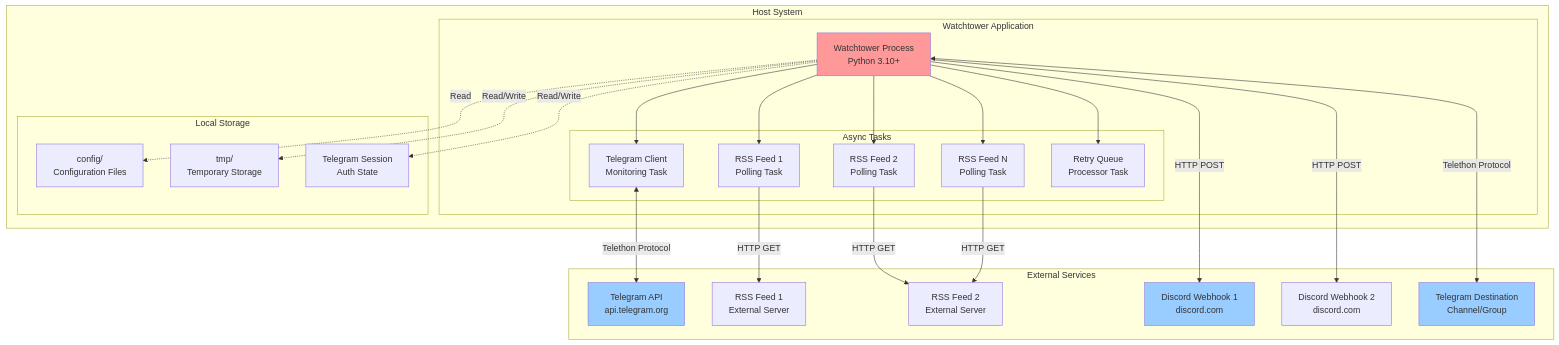
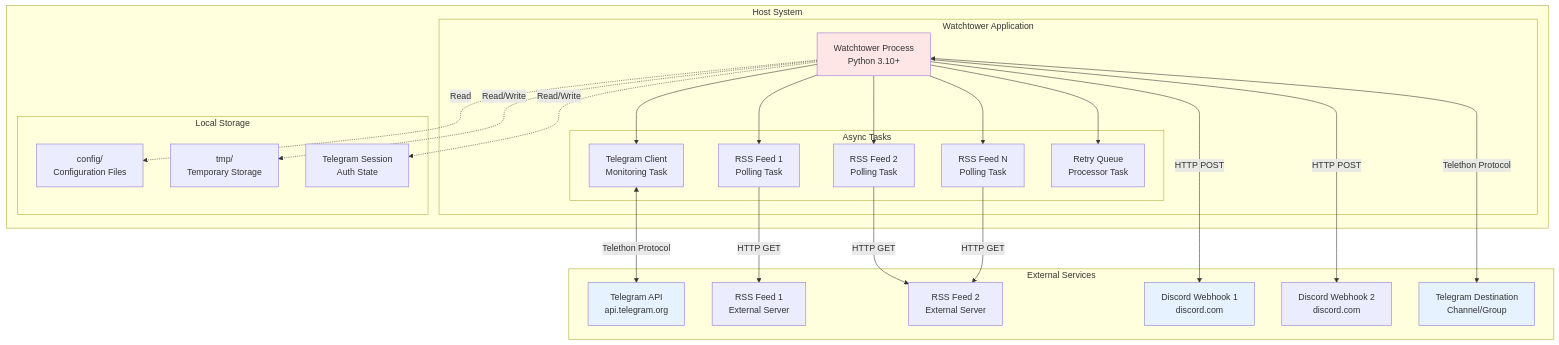
Before and after one commit to Dysrhythmic/Watchtower: the second of 2 diagrams in docs/deployment-structure.md, drawn with Mermaid. The commit also changed other lines of this file and 4 other files, not shown here.

First line of the commit message:
Improve diagram readability with lighter background colors

````diff
--- a/docs/deployment-structure.md
+++ b/docs/deployment-structure.md
@@ -139,55 +139,55 @@
 ```mermaid
 graph TB
     subgraph "Host System"
         subgraph "Watchtower Application"
             MAIN[Watchtower Process<br/>Python 3.10+]
 
             subgraph "Async Tasks"
                 TG_TASK[Telegram Client<br/>Monitoring Task]
                 RSS_TASK1[RSS Feed 1<br/>Polling Task]
                 RSS_TASK2[RSS Feed 2<br/>Polling Task]
                 RSS_TASKN[RSS Feed N<br/>Polling Task]
                 RETRY_TASK[Retry Queue<br/>Processor Task]
             end
         end
 
         subgraph "Local Storage"
             CONFIG_DIR[config/<br/>Configuration Files]
             TMP_DIR[tmp/<br/>Temporary Storage]
             SESSION[Telegram Session<br/>Auth State]
         end
     end
 
     subgraph "External Services"
         TG_API[Telegram API<br/>api.telegram.org]
         RSS1[RSS Feed 1<br/>External Server]
         RSS2[RSS Feed 2<br/>External Server]
         DC_WH1[Discord Webhook 1<br/>discord.com]
         DC_WH2[Discord Webhook 2<br/>discord.com]
         TG_DEST[Telegram Destination<br/>Channel/Group]
     end
 
     MAIN --> TG_TASK
     MAIN --> RSS_TASK1
     MAIN --> RSS_TASK2
     MAIN --> RSS_TASKN
     MAIN --> RETRY_TASK
 
     TG_TASK <-->|Telethon Protocol| TG_API
     RSS_TASK1 -->|HTTP GET| RSS1
     RSS_TASK2 -->|HTTP GET| RSS2
     RSS_TASKN -->|HTTP GET| RSS2
 
     MAIN -->|HTTP POST| DC_WH1
     MAIN -->|HTTP POST| DC_WH2
     MAIN <-->|Telethon Protocol| TG_DEST
 
     MAIN -.->|Read| CONFIG_DIR
     MAIN -.->|Read/Write| TMP_DIR
     MAIN -.->|Read/Write| SESSION
 
-    style MAIN fill:#ff9999
-    style TG_API fill:#99ccff
-    style DC_WH1 fill:#99ccff
-    style TG_DEST fill:#99ccff
+    style MAIN fill:#ffe6e6
+    style TG_API fill:#e6f2ff
+    style DC_WH1 fill:#e6f2ff
+    style TG_DEST fill:#e6f2ff
 ```
````
